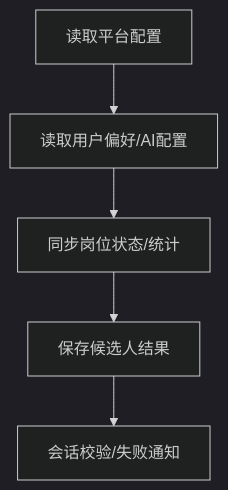
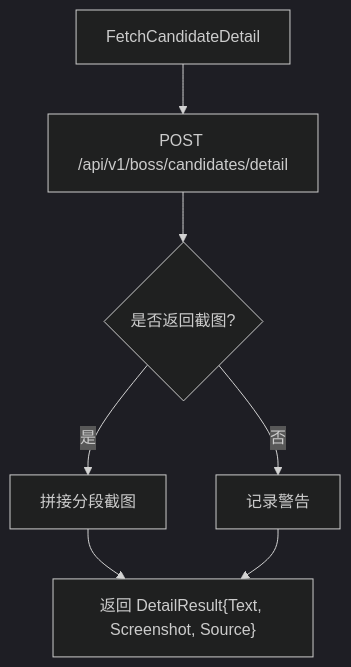
Before and after one commit to alvinwangzi/goodhr: the seventh of 9 diagrams in .qoder/repowiki/zh/content/本地执行器/平台适配器/Boss直聘适配器/Boss运行时环境.md, drawn with Mermaid (dark theme). The commit also changed other lines of this file and 149 other files, not shown here.

````diff
--- a/.qoder/repowiki/zh/content/本地执行器/平台适配器/Boss直聘适配器/Boss运行时环境.md
+++ b/.qoder/repowiki/zh/content/本地执行器/平台适配器/Boss直聘适配器/Boss运行时环境.md
@@ -231,7 +265,9 @@
 ```mermaid
 flowchart TD
-A["读取平台配置"] --> B["读取用户偏好/AI配置"]
-B --> C["同步岗位状态/统计"]
-C --> D["保存候选人结果"]
-D --> E["会话校验/失败通知"]
+A["FetchCandidateDetail"] --> B["POST /api/v1/boss/candidates/detail"]
+B --> C{"是否返回截图?"}
+C --> |是| D["拼接分段截图"]
+C --> |否| E["记录警告"]
+D --> F["返回 DetailResult{Text, Screenshot, Source}"]
+E --> F
 ```
````
